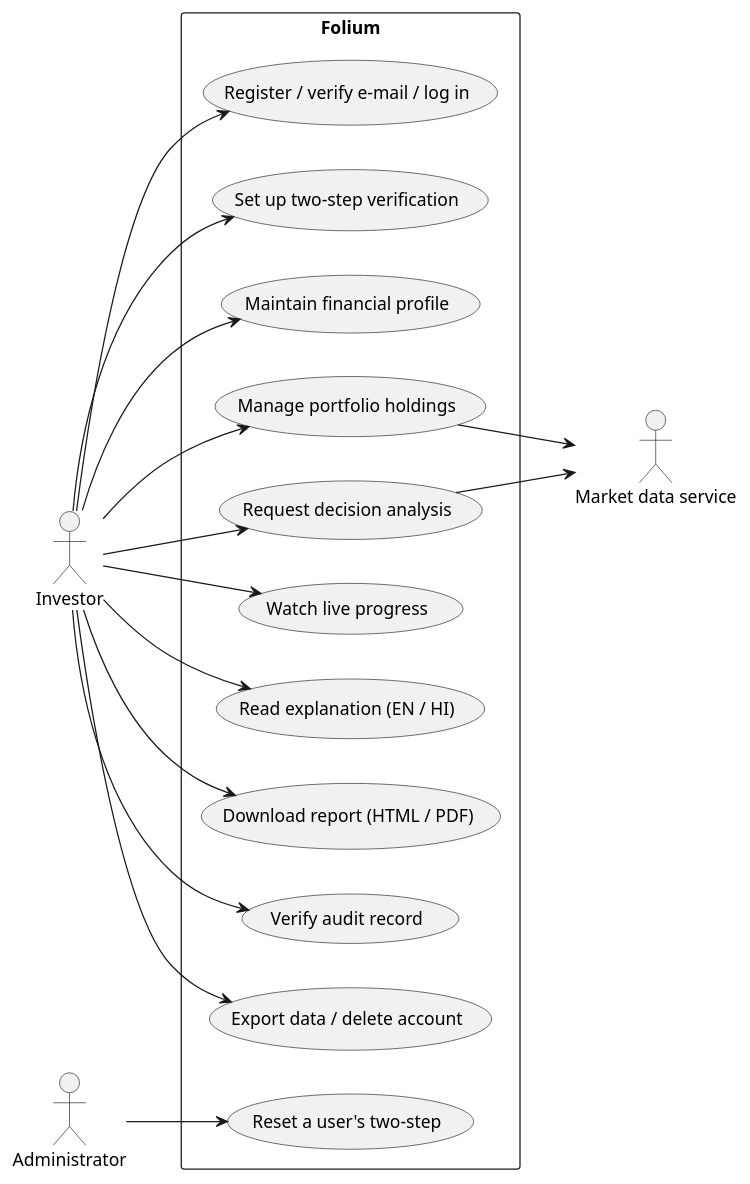
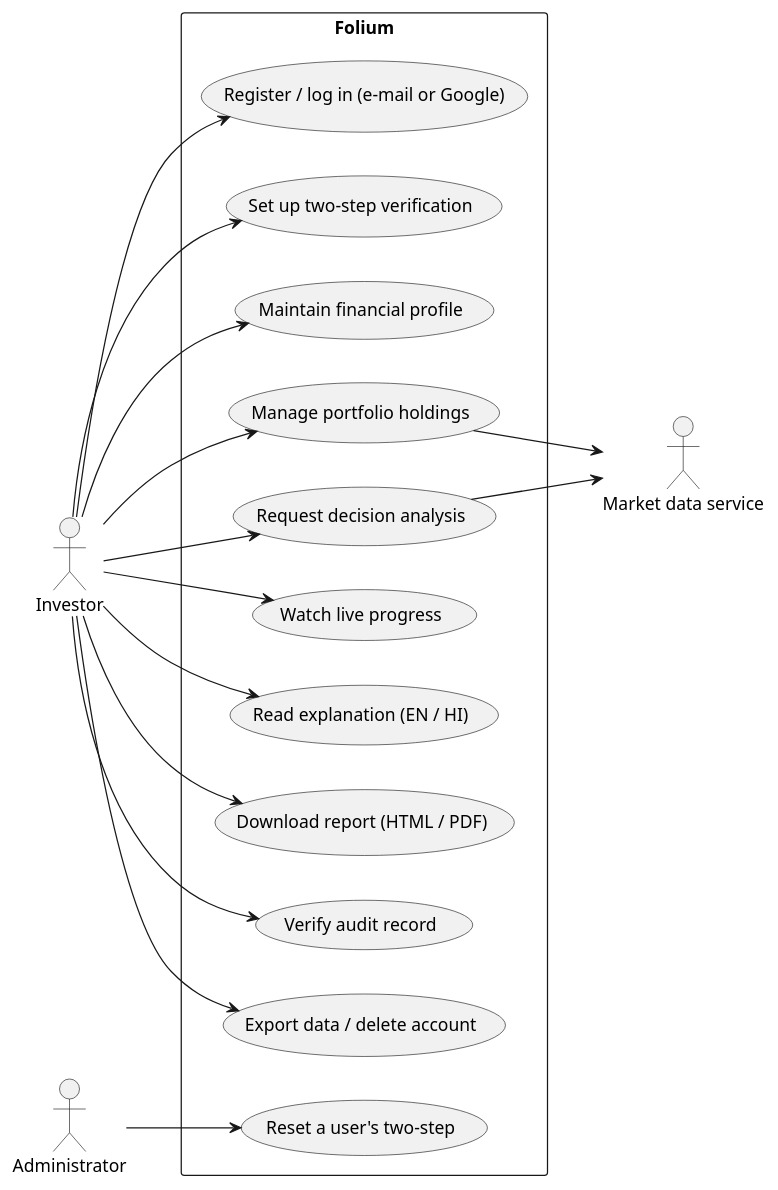
Before and after one commit to ParamShah77/Folium: the diagram in blackbook/diagram_sources/fig5_5_usecase.puml, drawn with PlantUML. The commit also changed 30 other files, not shown here.

First line of the commit message:
docs(blackbook): sync with latest master — Google sign-in, paper evaluations, roadmap

```diff
--- a/blackbook/diagram_sources/fig5_5_usecase.puml
+++ b/blackbook/diagram_sources/fig5_5_usecase.puml
@@ -2,32 +2,32 @@
 @startuml
 left to right direction
 actor Investor
 actor Administrator
 actor "Market data service" as MDS
 rectangle Folium {
-  usecase "Register / verify e-mail / log in" as U1
+  usecase "Register / log in (e-mail or Google)" as U1
   usecase "Set up two-step verification" as U2
   usecase "Maintain financial profile" as U3
   usecase "Manage portfolio holdings" as U4
   usecase "Request decision analysis" as U5
   usecase "Watch live progress" as U6
   usecase "Read explanation (EN / HI)" as U7
   usecase "Download report (HTML / PDF)" as U8
   usecase "Verify audit record" as U9
   usecase "Export data / delete account" as U10
   usecase "Reset a user's two-step" as U11
 }
 Investor --> U1
 Investor --> U2
 Investor --> U3
 Investor --> U4
 Investor --> U5
 Investor --> U6
 Investor --> U7
 Investor --> U8
 Investor --> U9
 Investor --> U10
 Administrator --> U11
 U4 --> MDS
 U5 --> MDS
 @enduml
```
